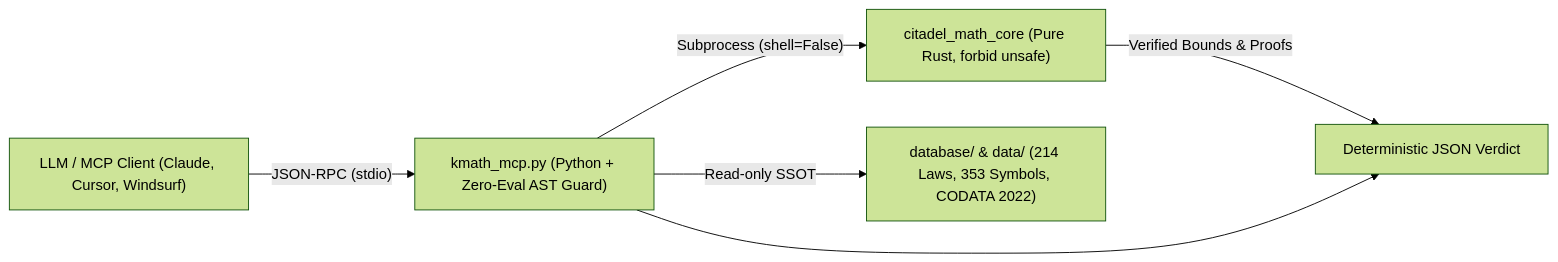
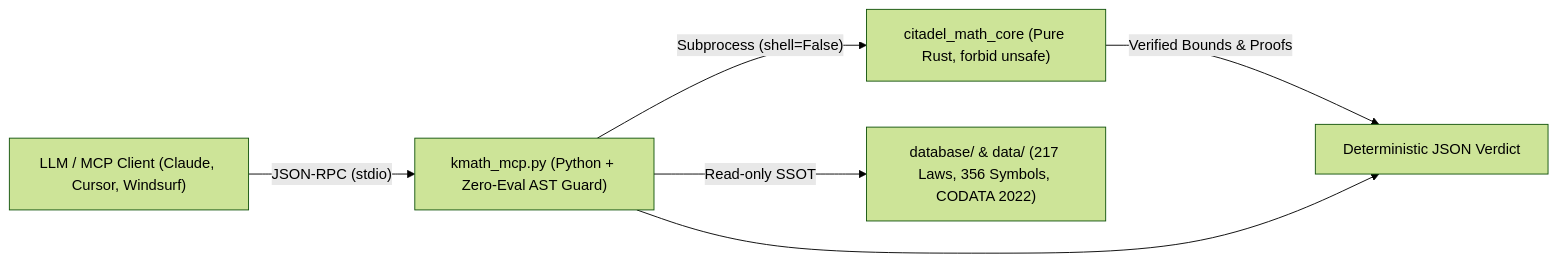
The first of 2 diagrams in README.md (imza464-cmyk/citadel-math), drawn with Mermaid (forest theme) before and after one commit. The commit also changed other lines of this file and 21 other files, not shown here.

````diff
--- a/README.md
+++ b/README.md
@@ -22,8 +22,8 @@
 ```mermaid
 flowchart LR
     LLM["LLM / MCP Client (Claude, Cursor, Windsurf)"] -->|"JSON-RPC (stdio)"| MCP["kmath_mcp.py (Python + Zero-Eval AST Guard)"]
     MCP -->|"Subprocess (shell=False)"| RUST["citadel_math_core (Pure Rust, forbid unsafe)"]
-    MCP -->|"Read-only SSOT"| DB["database/ & data/ (214 Laws, 353 Symbols, CODATA 2022)"]
+    MCP -->|"Read-only SSOT"| DB["database/ & data/ (217 Laws, 356 Symbols, CODATA 2022)"]
     RUST -->|"Verified Bounds & Proofs"| VERDICT["Deterministic JSON Verdict"]
     MCP --> VERDICT
 ```
````
